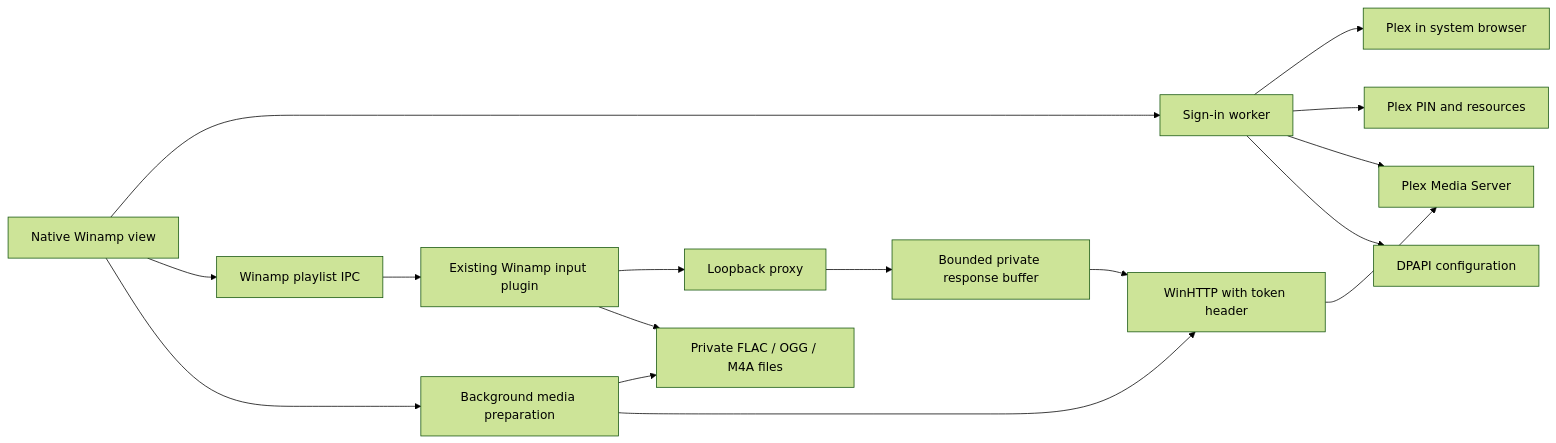
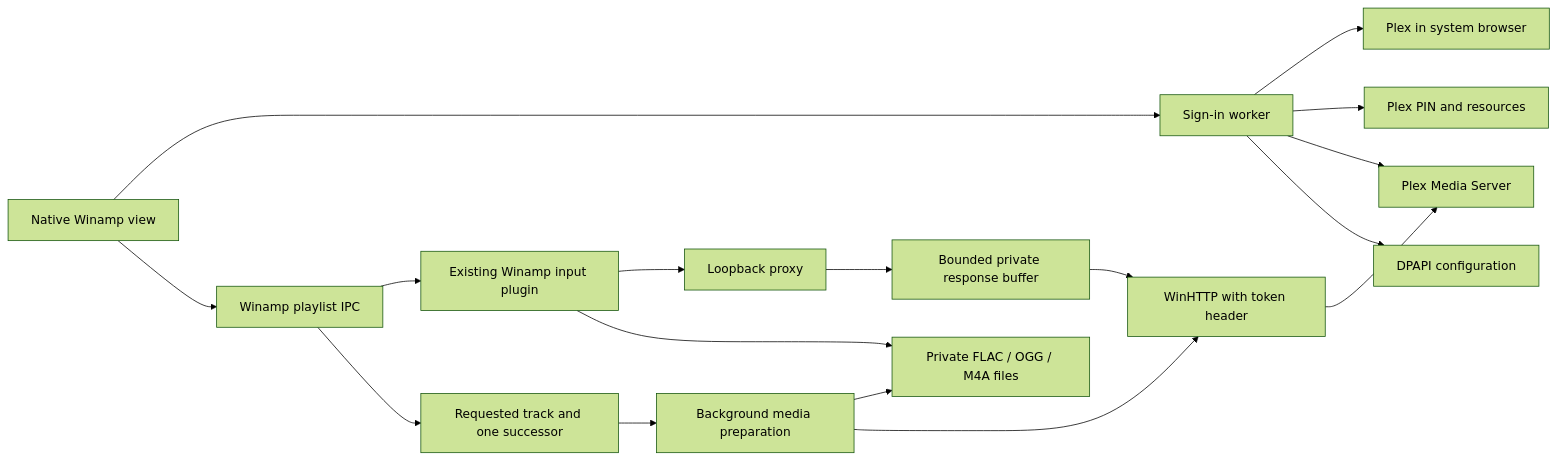
One commit to Eitschman/winamp-plex-library changed the diagram in docs/architecture.md. Above: the diagram before and after it, drawn with Mermaid (forest theme). The commit also changed other lines of this file and 19 other files, not shown here.

````diff
--- a/docs/architecture.md
+++ b/docs/architecture.md
@@ -68,18 +68,19 @@
 ```mermaid
 flowchart LR
     UI[Native Winamp view] --> Auth[Sign-in worker]
     Auth --> Browser[Plex in system browser]
     Auth --> Plex[Plex PIN and resources]
     Auth --> PMS[Plex Media Server]
     Auth --> Config[DPAPI configuration]
     UI --> IPC[Winamp playlist IPC]
     IPC --> Decoder[Existing Winamp input plugin]
     Decoder --> Proxy[Loopback proxy]
-    UI --> Prepare[Background media preparation]
+    IPC --> Resolve[Requested track and one successor]
+    Resolve --> Prepare[Background media preparation]
     Prepare --> Files[Private FLAC / OGG / M4A files]
     Decoder --> Files
     Prepare --> HTTP
     Proxy --> Buffer[Bounded private response buffer]
     Buffer --> HTTP[WinHTTP with token header]
     HTTP --> PMS
 ```
````
